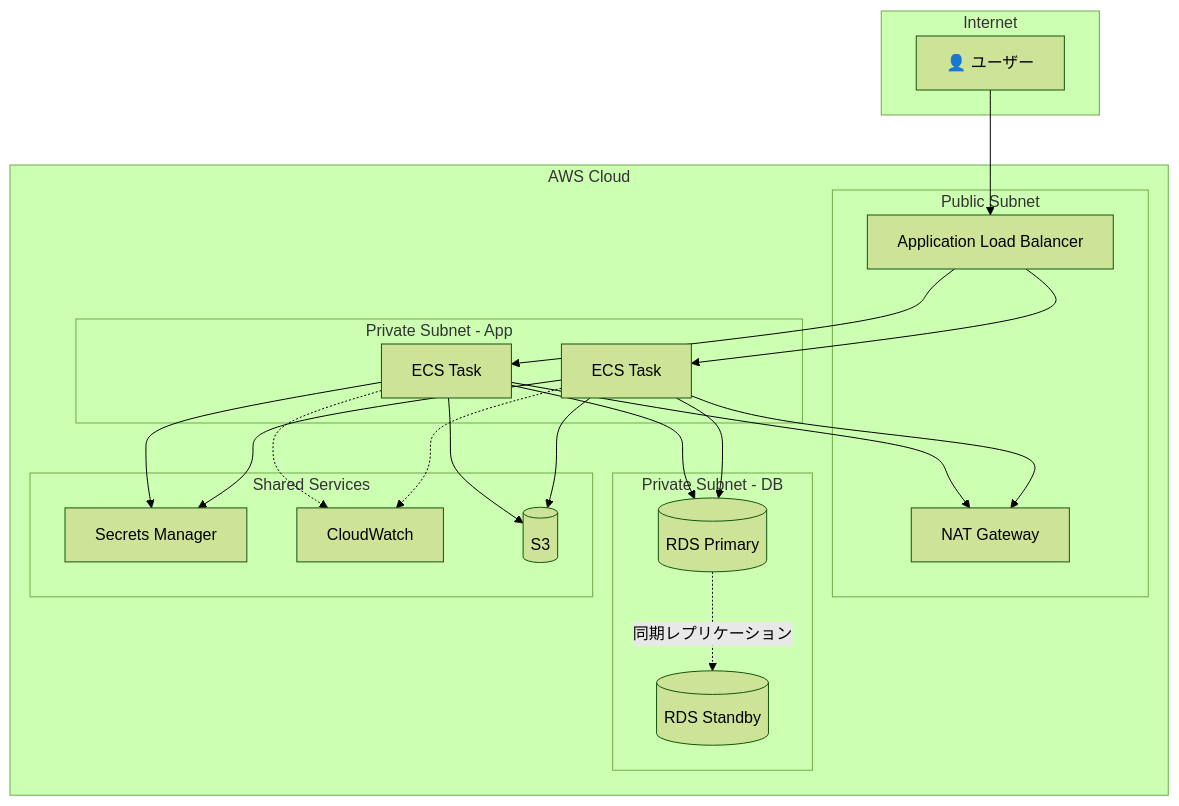
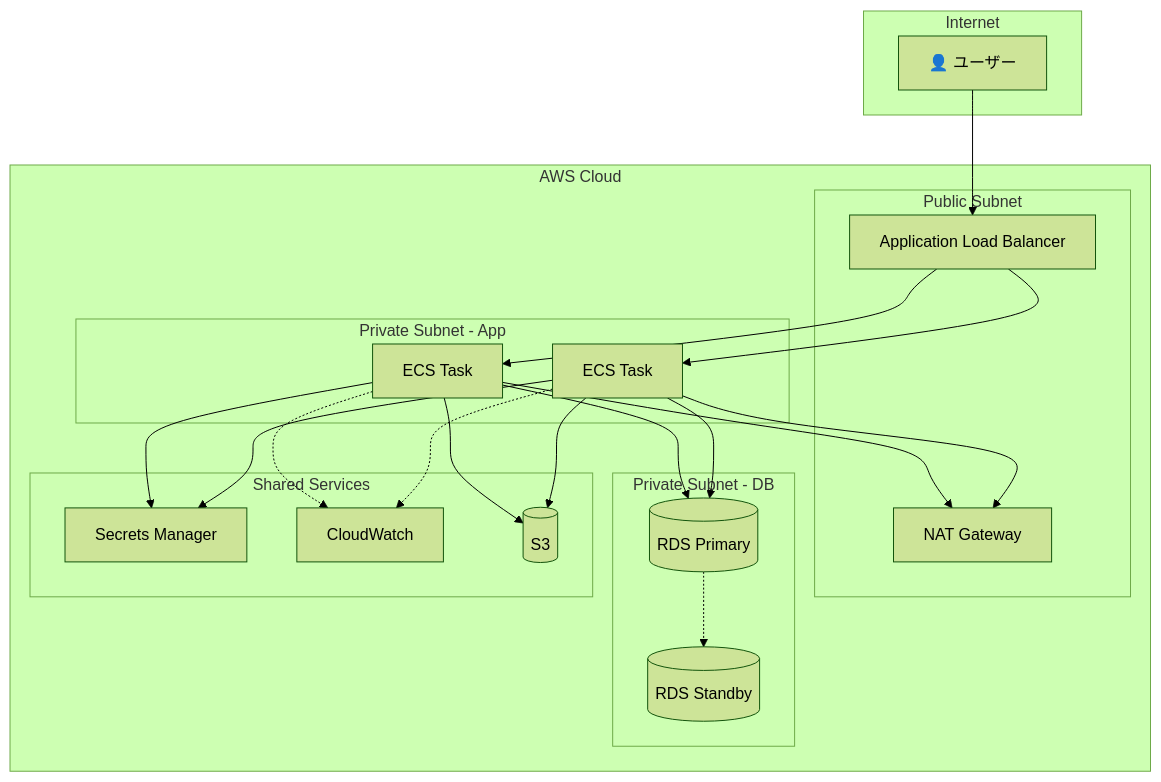
One commit to forsteri/docs changed the first of 13 diagrams in docs/mermaid-showcase.md. Above: the diagram before and after it, drawn with Mermaid (forest theme). The commit also changed other lines of this file, not shown here.

Commit message:
Mermaidダイアグラムの構成を改善し、サブグラフの名称を明確化。APIパターンやGitブランチ戦略の図を更新。

````diff
--- a/docs/mermaid-showcase.md
+++ b/docs/mermaid-showcase.md
@@ -9,38 +9,44 @@
 ```mermaid
 flowchart TB
     subgraph Internet
         User[👤 ユーザー]
     end
 
-    subgraph AWS Cloud
-        subgraph Public Subnet
+    subgraph AWS_Cloud[AWS Cloud]
+        subgraph Public_Subnet[Public Subnet]
             ALB[Application Load Balancer]
             NAT[NAT Gateway]
         end
 
-        subgraph Private Subnet - App
+        subgraph Private_App[Private Subnet - App]
             ECS1[ECS Task]
             ECS2[ECS Task]
         end
 
-        subgraph Private Subnet - DB
+        subgraph Private_DB[Private Subnet - DB]
             RDS[(RDS Primary)]
             RDS_S[(RDS Standby)]
         end
 
-        subgraph Shared Services
+        subgraph Shared[Shared Services]
             SM[Secrets Manager]
             CW[CloudWatch]
             S3[(S3)]
         end
     end
 
     User --> ALB
-    ALB --> ECS1 & ECS2
-    ECS1 & ECS2 --> RDS
-    RDS -.-> |同期レプリケーション| RDS_S
-    ECS1 & ECS2 --> NAT
-    ECS1 & ECS2 --> SM
-    ECS1 & ECS2 --> S3
-    ECS1 & ECS2 -.-> CW
+    ALB --> ECS1
+    ALB --> ECS2
+    ECS1 --> RDS
+    ECS2 --> RDS
+    RDS -.-> RDS_S
+    ECS1 --> NAT
+    ECS2 --> NAT
+    ECS1 --> SM
+    ECS2 --> SM
+    ECS1 --> S3
+    ECS2 --> S3
+    ECS1 -.-> CW
+    ECS2 -.-> CW
 ```
````
